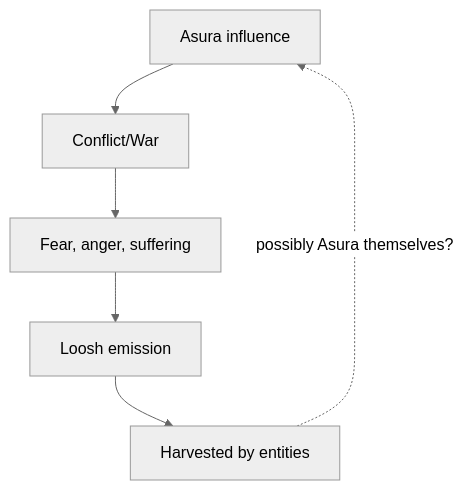
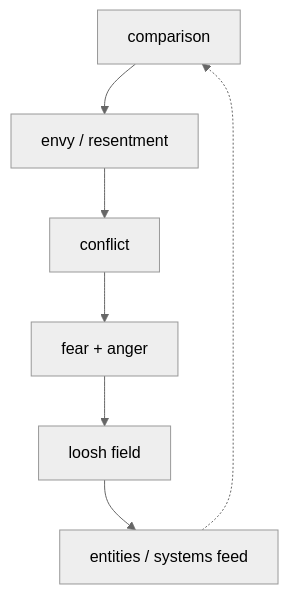
The third of 3 diagrams in esoterica/Atula.md (dyukahi/knowledge), drawn with Mermaid (neutral theme) before and after one commit. The commit also changed other lines of this file and 5 other files, not shown here.

````diff
--- a/esoterica/Atula.md
+++ b/esoterica/Atula.md
@@ -124,8 +109,11 @@
 ```mermaid
 flowchart TD
-    A["Asura influence"] --> C["Conflict/War"]
-    C --> E["Fear, anger, suffering"]
-    E --> L["Loosh emission"]
-    L --> H["Harvested by entities"]
-    H -.->|"possibly Asura themselves?"| A
+    A["comparison"]
+    B["envy / resentment"]
+    C["conflict"]
+    D["fear + anger"]
+    E["loosh field"]
+    F["entities / systems feed"]
+    A --> B --> C --> D --> E --> F
+    F -.-> A
 ```
````
